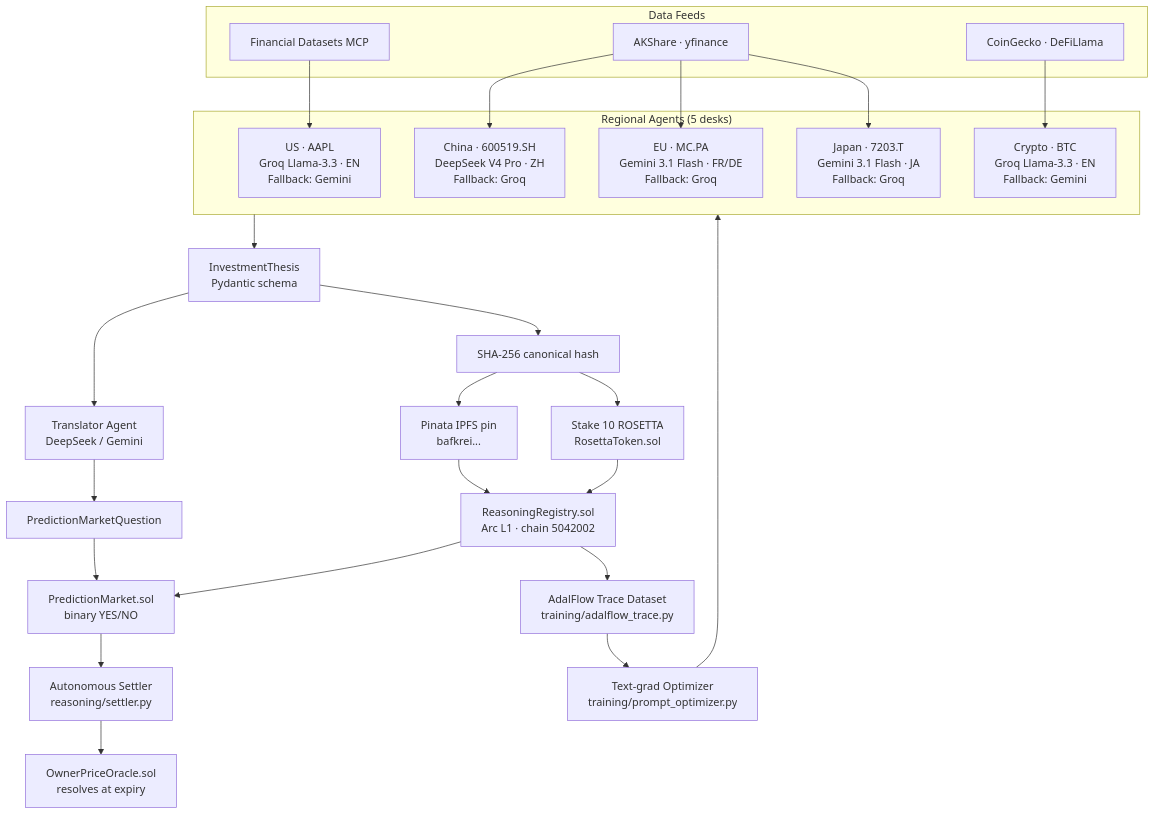
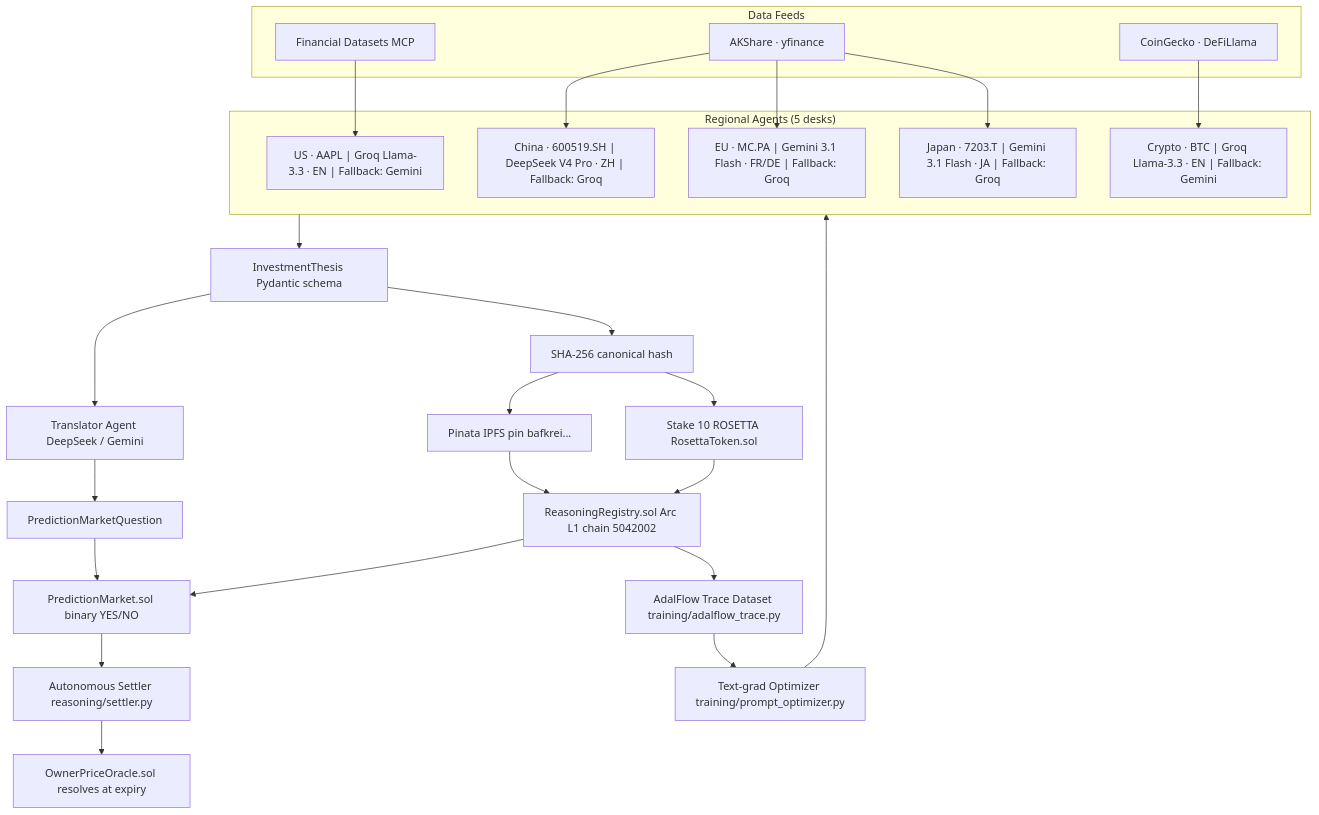
Before and after one commit to Mihai-Codes/rosetta-alpha: the first of 2 diagrams in README.md, drawn with Mermaid.

Commit message:
fix: remove \n from Architecture diagram node labels for GitHub rendering
Same fix as Accountability Loop — \n inside quoted mermaid labels
causes GitHub's renderer to get stuck in loading state.
Replaced with pipe separators for multi-line label content.

````diff
--- a/README.md
+++ b/README.md
@@ -80,41 +80,41 @@
 ```mermaid
 flowchart TD
     subgraph Agents["Regional Agents (5 desks)"]
-        US["US · AAPL\nGroq Llama-3.3 · EN\nFallback: Gemini"]
-        CN["China · 600519.SH\nDeepSeek V4 Pro · ZH\nFallback: Groq"]
-        EU["EU · MC.PA\nGemini 3.1 Flash · FR/DE\nFallback: Groq"]
-        JP["Japan · 7203.T\nGemini 3.1 Flash · JA\nFallback: Groq"]
-        CR["Crypto · BTC\nGroq Llama-3.3 · EN\nFallback: Gemini"]
+        US["US · AAPL | Groq Llama-3.3 · EN | Fallback: Gemini"]
+        CN["China · 600519.SH | DeepSeek V4 Pro · ZH | Fallback: Groq"]
+        EU["EU · MC.PA | Gemini 3.1 Flash · FR/DE | Fallback: Groq"]
+        JP["Japan · 7203.T | Gemini 3.1 Flash · JA | Fallback: Groq"]
+        CR["Crypto · BTC | Groq Llama-3.3 · EN | Fallback: Gemini"]
     end
 
     subgraph Data["Data Feeds"]
         D1["Financial Datasets MCP"]
         D2["AKShare · yfinance"]
         D3["CoinGecko · DeFiLlama"]
     end
 
     D1 --> US
     D2 --> CN
     D2 --> EU
     D2 --> JP
     D3 --> CR
 
-    Agents --> Thesis["InvestmentThesis\nPydantic schema"]
-    Thesis --> Trans["Translator Agent\nDeepSeek / Gemini"]
+    Agents --> Thesis["InvestmentThesis Pydantic schema"]
+    Thesis --> Trans["Translator Agent DeepSeek / Gemini"]
     Trans --> PMQ["PredictionMarketQuestion"]
 
     Thesis --> Hash["SHA-256 canonical hash"]
-    Hash --> IPFS["Pinata IPFS pin\nbafkrei..."]
-    Hash --> Stake["Stake 10 ROSETTA\nRosettaToken.sol"]
-    IPFS --> Registry["ReasoningRegistry.sol\nArc L1 · chain 5042002"]
+    Hash --> IPFS["Pinata IPFS pin bafkrei..."]
+    Hash --> Stake["Stake 10 ROSETTA RosettaToken.sol"]
+    IPFS --> Registry["ReasoningRegistry.sol Arc L1 chain 5042002"]
     Stake --> Registry
-    PMQ --> Market["PredictionMarket.sol\nbinary YES/NO"]
+    PMQ --> Market["PredictionMarket.sol binary YES/NO"]
     Registry --> Market
 
-    Market --> Settler["Autonomous Settler\nreasoning/settler.py"]
-    Settler --> Oracle["OwnerPriceOracle.sol\nresolves at expiry"]
+    Market --> Settler["Autonomous Settler reasoning/settler.py"]
+    Settler --> Oracle["OwnerPriceOracle.sol resolves at expiry"]
 
-    Registry --> Training["AdalFlow Trace Dataset\ntraining/adalflow_trace.py"]
-    Training --> Optimizer["Text-grad Optimizer\ntraining/prompt_optimizer.py"]
+    Registry --> Training["AdalFlow Trace Dataset training/adalflow_trace.py"]
+    Training --> Optimizer["Text-grad Optimizer training/prompt_optimizer.py"]
     Optimizer --> Agents
 ```
````
